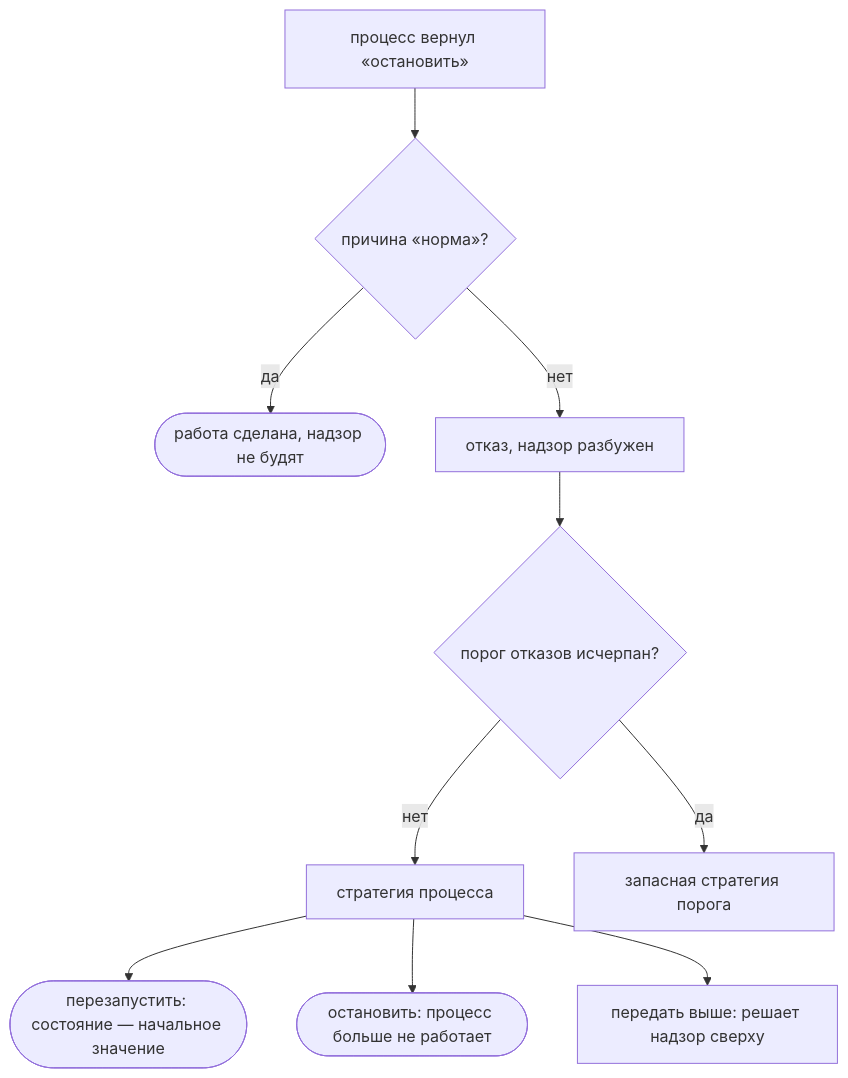
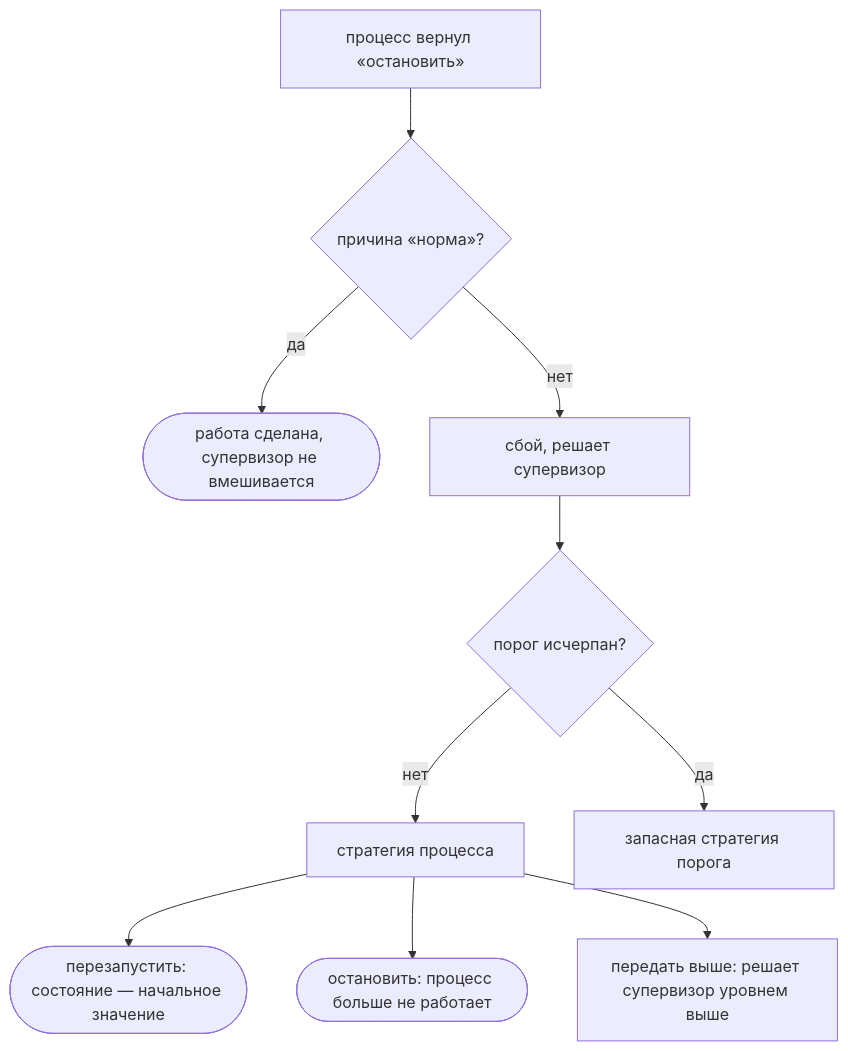
Before and after one commit to digitable-lol/flang: the diagram in docs/site/processes.ru.md, drawn with Mermaid. The commit also changed other lines of this file and 5 other files, not shown here.

````diff
--- a/docs/site/processes.ru.md
+++ b/docs/site/processes.ru.md
@@ -131,15 +131,15 @@
 ```mermaid Что происходит при падении процесса
 flowchart TD
   A[процесс вернул «остановить»] --> B{причина «норма»?}
-  B -->|да| C([работа сделана, надзор не будят])
-  B -->|нет| D[отказ, надзор разбужен]
-  D --> E{порог отказов исчерпан?}
+  B -->|да| C([работа сделана, супервизор не вмешивается])
+  B -->|нет| D[сбой, решает супервизор]
+  D --> E{порог исчерпан?}
   E -->|нет| F[стратегия процесса]
   E -->|да| G[запасная стратегия порога]
   F --> H([перезапустить: состояние — начальное значение])
   F --> I([остановить: процесс больше не работает])
-  F --> J[передать выше: решает надзор сверху]
+  F --> J[передать выше: решает супервизор уровнем выше]
   class D otkaz
   class C vyvod
   class H vyvod
 ```
````
